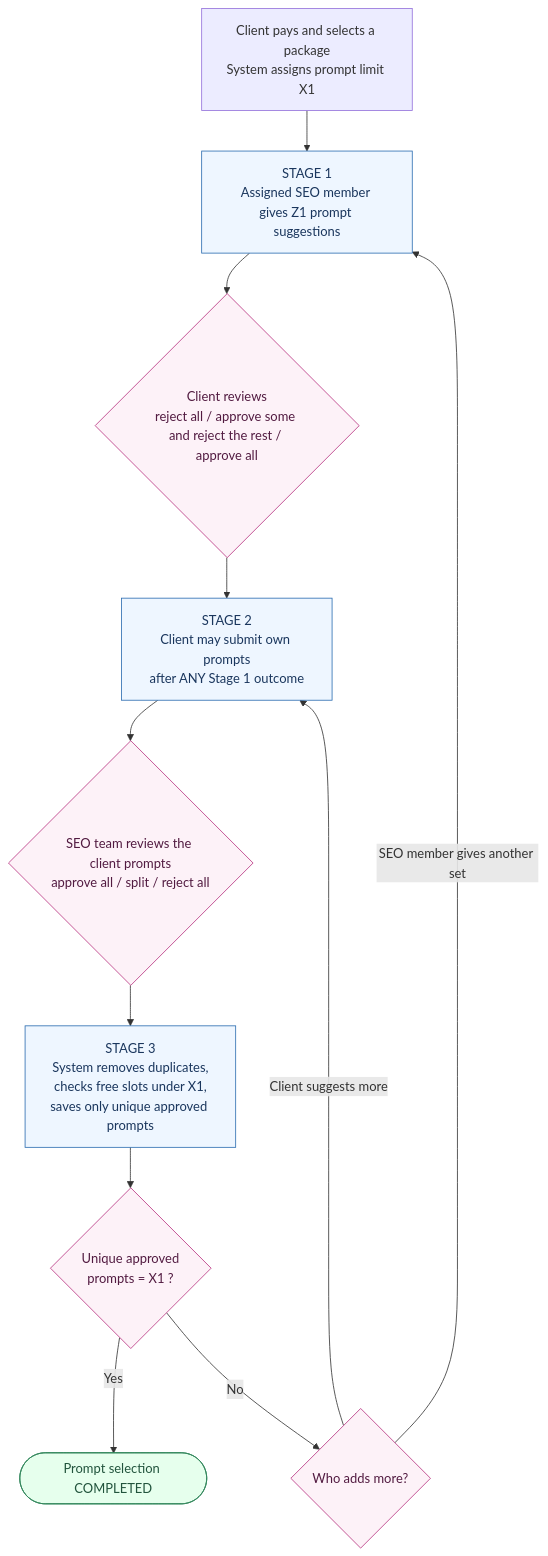
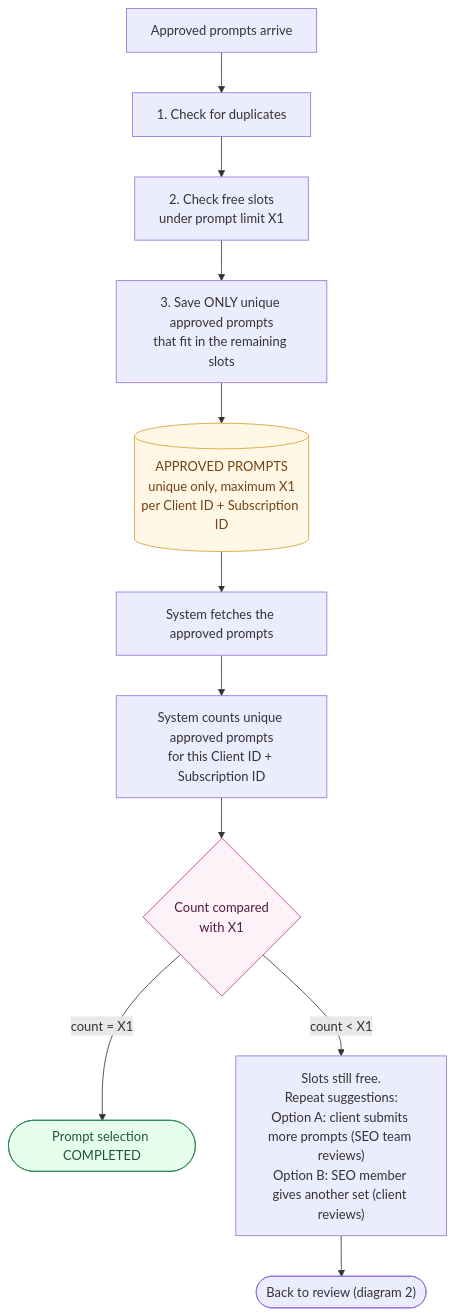
The third of 4 diagrams in demo/prompt ranking flow.md (RishabhRoy12/dais-documentation), drawn with Mermaid before and after one commit. The commit also changed other lines of this file, not shown here.

Commit message:
updating the prompt ranking flow file

````diff
--- a/demo/prompt ranking flow.md
+++ b/demo/prompt ranking flow.md
@@ -60,20 +108,20 @@
 ```mermaid
 flowchart TD
-    A["Client pays and selects a package<br/>System assigns prompt limit X1"] --> S1["STAGE 1<br/>Assigned SEO member gives Z1 prompt suggestions"]
-    S1 --> R1{"Client reviews<br/>reject all / approve some and reject the rest / approve all"}
-    R1 --> S2["STAGE 2<br/>Client may submit own prompts<br/>after ANY Stage 1 outcome"]
-    S2 --> R2{"SEO team reviews the client prompts<br/>approve all / split / reject all"}
-    R2 --> S3["STAGE 3<br/>System removes duplicates,<br/>checks free slots under X1,<br/>saves only unique approved prompts"]
-    S3 --> Q{"Unique approved<br/>prompts = X1 ?"}
-    Q -->|"Yes"| DONE([Prompt selection COMPLETED])
-    Q -->|"No"| MORE{"Who adds more?"}
-    MORE -->|"Client suggests more"| S2
-    MORE -->|"SEO member gives another set"| S1
+    A["Approved prompts arrive"] --> V1["1. Check for duplicates"]
+    V1 --> V2["2. Check free slots<br/>under prompt limit X1"]
+    V2 --> V3["3. Save ONLY unique approved prompts<br/>that fit in the remaining slots"]
+    V3 --> APP[("APPROVED PROMPTS<br/>unique only, maximum X1<br/>per Client ID + Subscription ID")]
+    APP --> F["System fetches the approved prompts"]
+    F --> CNT["System counts unique approved prompts<br/>for this Client ID + Subscription ID"]
+    CNT --> CMP{"Count compared<br/>with X1"}
+    CMP -->|"count = X1"| DONE([Prompt selection COMPLETED])
+    CMP -->|"count < X1"| MORE["Slots still free.<br/>Repeat suggestions:<br/>Option A: client submits more prompts (SEO team reviews)<br/>Option B: SEO member gives another set (client reviews)"]
+    MORE --> LOOP(["Back to review (diagram 2)"])
 
-    classDef stage fill:#eef6ff,stroke:#2b6cb0,color:#1a365d
+    classDef store fill:#fff7e6,stroke:#d69e2e,color:#744210
     classDef decision fill:#fdf2f8,stroke:#b83280,color:#521b41
     classDef done fill:#e6ffed,stroke:#2f855a,color:#22543d
-    class S1,S2,S3 stage
-    class R1,R2,Q,MORE decision
+    class APP store
+    class CMP decision
     class DONE done
 ```
````
